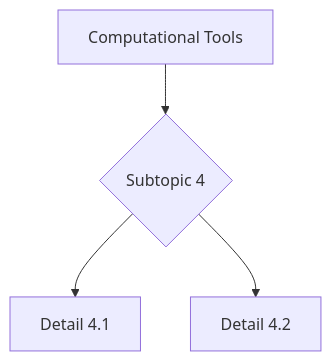
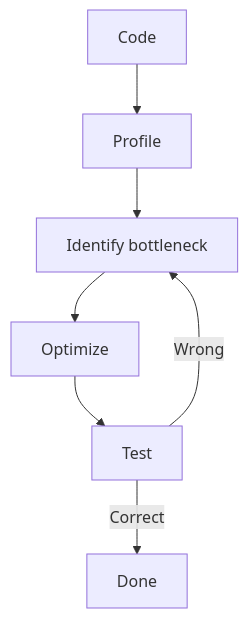
The fourth of 5 diagrams in 02_MSc_DataDriven_Modeling/core_courses/MSDM_5001/README.md (yip-lgtm/PhysicsSelfStudy), drawn with Mermaid before and after one commit. The commit also changed other lines of this file and 21 other files, not shown here.

Commit message:
PhysicsSelfStudy: MSc QFT/String/AdS-CFT/Cosmology/Particle/Neutrino/QI/TQC + MSDM computational tools (batch v2 completed)

````diff
--- a/02_MSc_DataDriven_Modeling/core_courses/MSDM_5001/README.md
+++ b/02_MSc_DataDriven_Modeling/core_courses/MSDM_5001/README.md
@@ -283,6 +330,9 @@
 ```mermaid
 graph TD
-    A[Computational Tools] --> B{Subtopic 4}
-    B --> C[Detail 4.1]
-    B --> D[Detail 4.2]
+    A[Code] --> B[Profile]
+    B --> C[Identify bottleneck]
+    C --> D[Optimize]
+    D --> E[Test]
+    E -->|Correct| F[Done]
+    E -->|Wrong| C
 ```
````
